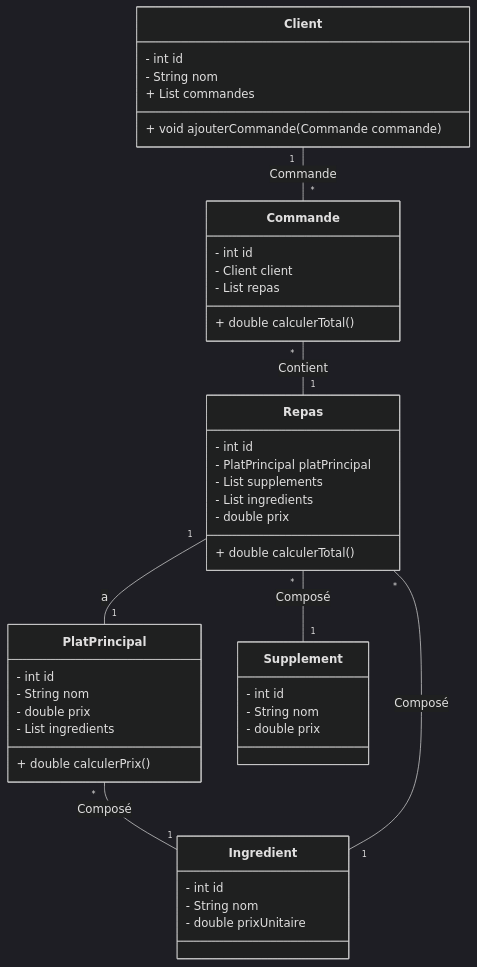
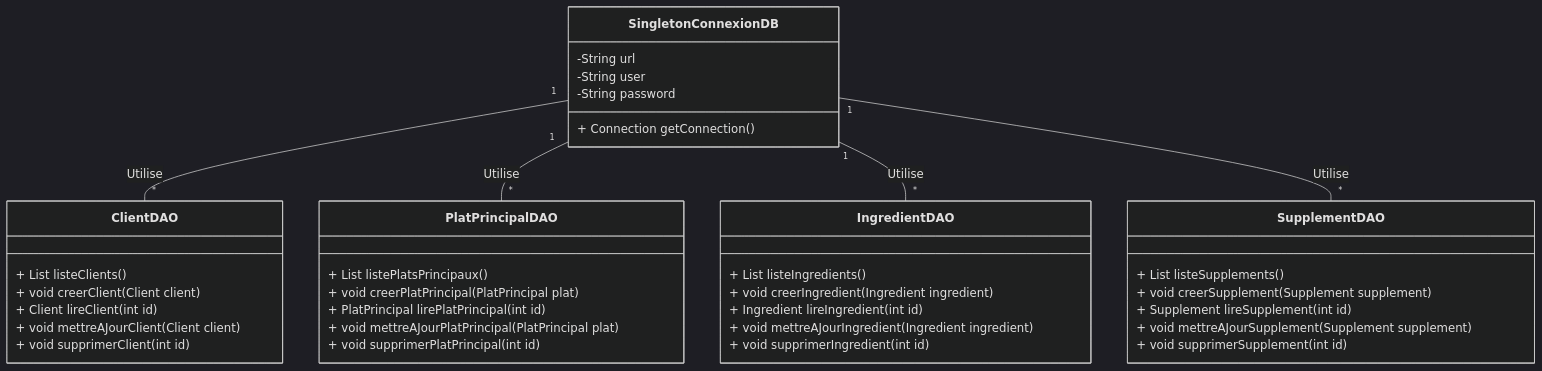
The second of 2 diagrams in README.md (YahyaGhallali/Examen-Java-2425), drawn with Mermaid (dark theme) before and after one commit. The commit also changed 3 other files, not shown here.

````diff
--- a/README.md
+++ b/README.md
@@ -4,85 +59,47 @@
 ```mermaid
 classDiagram
-    class Client {
-        - int id
-        - String nom
-        + List<Commande> commandes
-      + void ajouterCommande(Commande commande)
+    class ClientDAO {
+        + List<Client> listeClients()
+        + void creerClient(Client client)
+        + Client lireClient(int id)
+        + void mettreAJourClient(Client client)
+        + void supprimerClient(int id)
     }
 
-%%    class ClientDAO {
-%%        + List<Client> listeClients()
-%%        + void creerClient(Client client)
-%%        + Client lireClient(int id)
-%%        + void mettreAJourClient(Client client)
-%%        + void supprimerClient(int id)
-%%    }
-
-    class PlatPrincipal {
-        - int id
-        - String nom
-        - double prix
-        - List<Ingredient> ingredients
-        + double calculerPrix()
+    class PlatPrincipalDAO {
+        + List<PlatPrincipal> listePlatsPrincipaux()
+        + void creerPlatPrincipal(PlatPrincipal plat)
+        + PlatPrincipal lirePlatPrincipal(int id)
+        + void mettreAJourPlatPrincipal(PlatPrincipal plat)
+        + void supprimerPlatPrincipal(int id)
     }
 
-%%    class PlatPrincipalDAO {
-%%        + List<PlatPrincipal> listePlatsPrincipaux()
-%%        + void creerPlatPrincipal(PlatPrincipal plat)
-%%        + PlatPrincipal lirePlatPrincipal(int id)
-%%        + void mettreAJourPlatPrincipal(PlatPrincipal plat)
-%%        + void supprimerPlatPrincipal(int id)
-%%    }
-
-    class Ingredient {
-        - int id
-        - String nom
-        - double prixUnitaire
+    class IngredientDAO {
+        + List<Ingredient> listeIngredients()
+        + void creerIngredient(Ingredient ingredient)
+        + Ingredient lireIngredient(int id)
+        + void mettreAJourIngredient(Ingredient ingredient)
+        + void supprimerIngredient(int id)
     }
 
-%%    class IngredientDAO {
-%%        + List<Ingredient> listeIngredients()
-%%        + void creerIngredient(Ingredient ingredient)
-%%        + Ingredient lireIngredient(int id)
-%%        + void mettreAJourIngredient(Ingredient ingredient)
-%%        + void supprimerIngredient(int id)
-%%    }
 
-    class Supplement {
-        - int id
-        - String nom
-        - double prix
+    class SupplementDAO {
+        + List<Supplement> listeSupplements()
+        + void creerSupplement(Supplement supplement)
+        + Supplement lireSupplement(int id)
+        + void mettreAJourSupplement(Supplement supplement)
+        + void supprimerSupplement(int id)
     }
-
-%%    class SupplementDAO {
-%%        + List<Supplement> listeSupplements()
-%%        + void creerSupplement(Supplement supplement)
-%%        + Supplement lireSupplement(int id)
-%%        + void mettreAJourSupplement(Supplement supplement)
-%%        + void supprimerSupplement(int id)
-%%    }
-
-    class Repas {
-        - int id
-        - PlatPrincipal platPrincipal
-        - List<Supplement> supplements
-        - List<Ingredient> ingredients
-        - double prix
-        + double calculerTotal()
+    
+    class SingletonConnexionDB {
+        -String url
+        -String user
+        -String password
+        + Connection getConnection()
     }
-
-    class Commande {
-        - int id
-        - Client client
-        - List<Repas> repas
-        + double calculerTotal()
-    }
-
-    Client "1" -- "*" Commande : Commande
-    PlatPrincipal "*" -- "1" Ingredient: Composé
-    Repas "1" -- "1" PlatPrincipal : a
-    Repas "*" -- "1" Ingredient : Composé
-    Repas "*" -- "1" Supplement: Composé
-    Commande "*" -- "1" Repas: Contient
-
+    
+    SingletonConnexionDB "1" -- "*" ClientDAO: Utilise
+    SingletonConnexionDB "1" -- "*" PlatPrincipalDAO: Utilise
+    SingletonConnexionDB "1" -- "*" IngredientDAO: Utilise
+    SingletonConnexionDB "1" -- "*" SupplementDAO: Utilise
 ```
````
